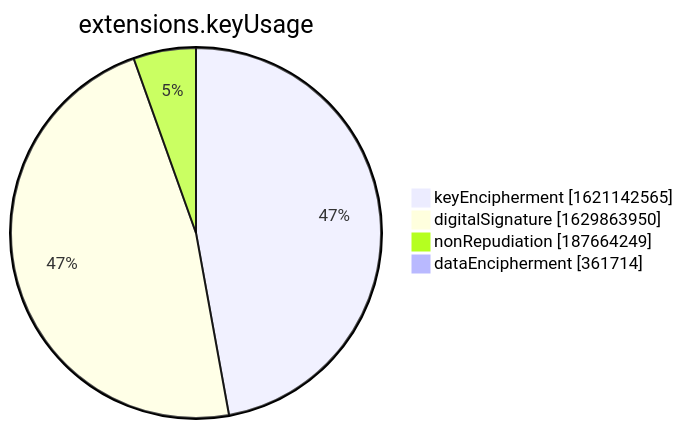
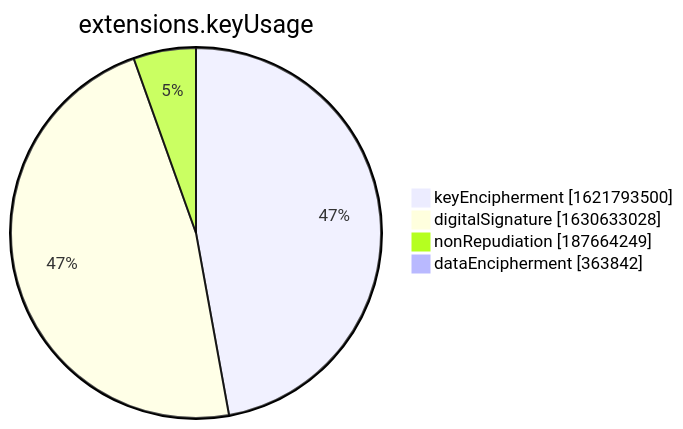
Before and after one commit to christiankrug/ctmonitor_visualization: the seventh of 15 diagrams in xenon2022/README.md, drawn with Mermaid. The commit also changed other lines of this file, not shown here.

````diff
--- a/xenon2022/README.md
+++ b/xenon2022/README.md
@@ -2855,8 +2855,8 @@
 ```mermaid
 pie showData
 title extensions.keyUsage
-"keyEncipherment" :1621142565
-"digitalSignature" :1629863950
+"keyEncipherment" :1621793500
+"digitalSignature" :1630633028
 "nonRepudiation" :187664249
-"dataEncipherment" :361714
+"dataEncipherment" :363842
 ```
````
